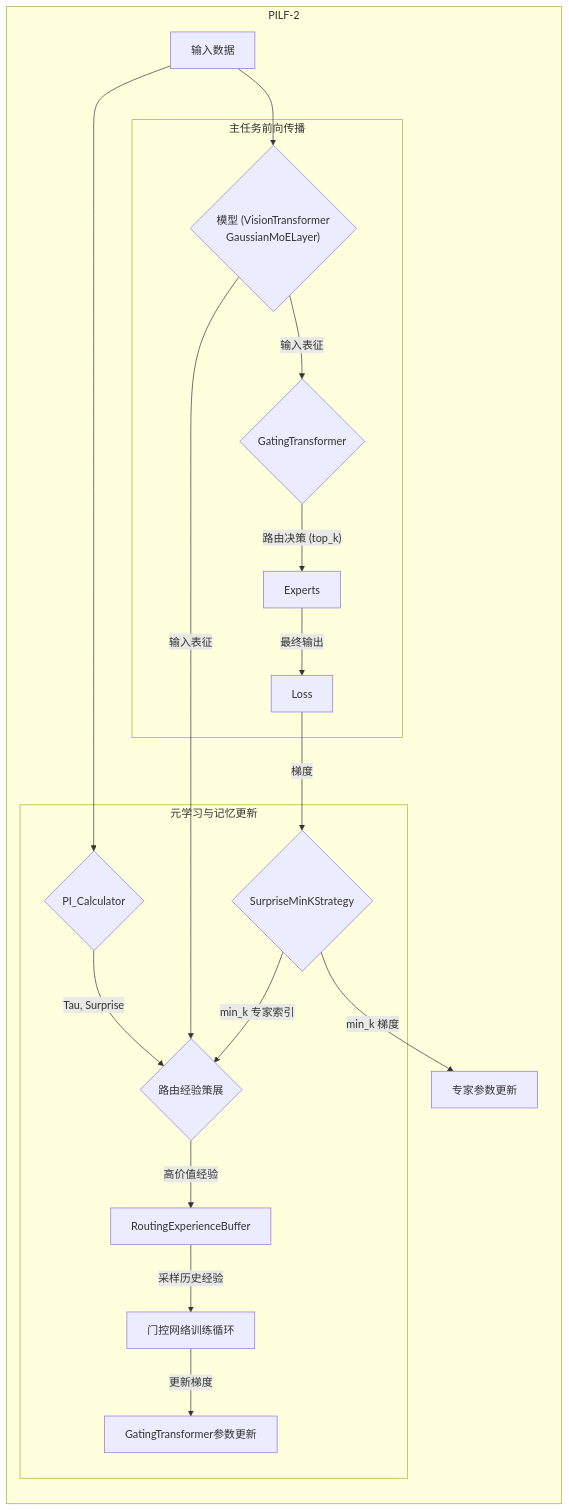
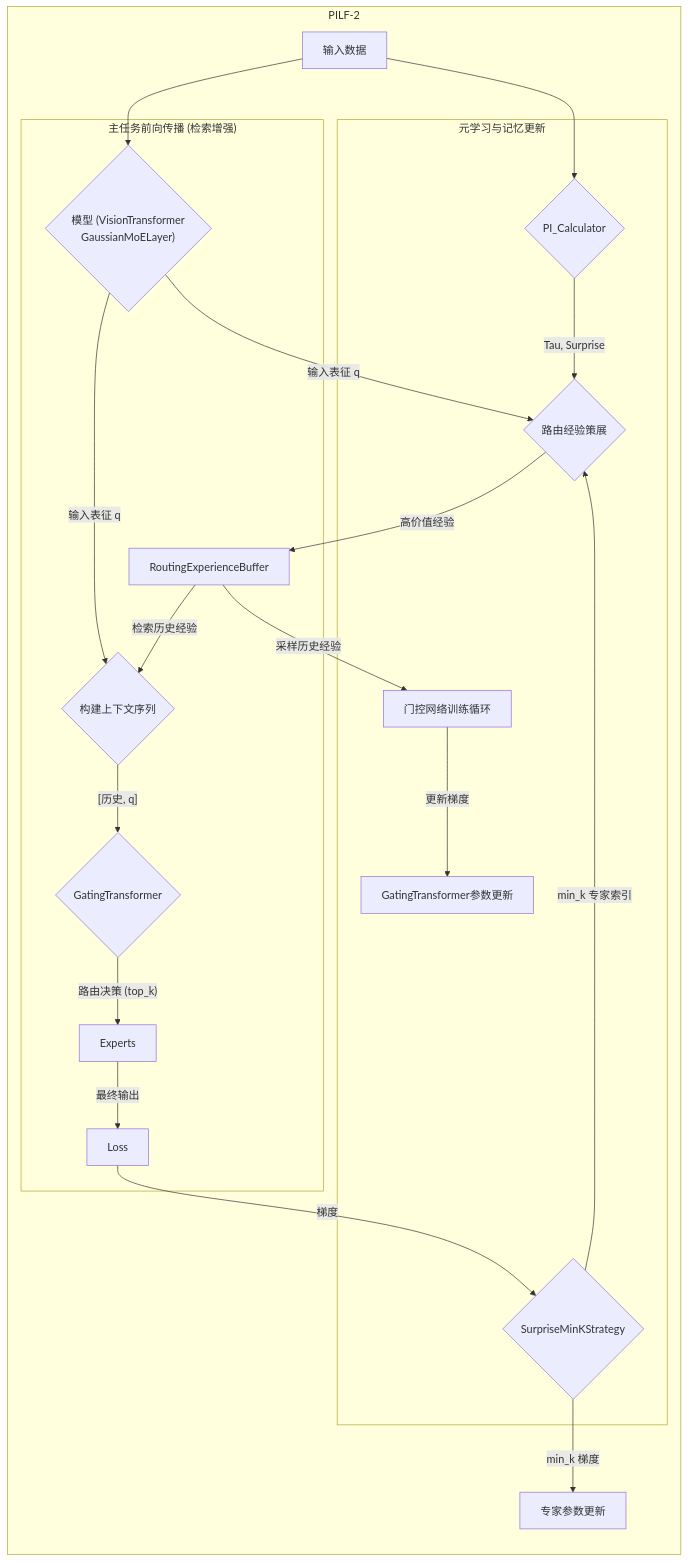
One commit to anmoa/PILF changed the diagram in readme_zh.md. Above: the diagram before and after it, drawn with Mermaid. The commit also changed other lines of this file and 34 other files, not shown here.

````diff
--- a/readme_zh.md
+++ b/readme_zh.md
@@ -45,26 +45,28 @@
 ```mermaid
 graph LR
     subgraph "PILF-2"
         A[输入数据] --> B{PI_Calculator};
         A --> E{"模型 (VisionTransformer <br> GaussianMoELayer)"};
 
-        subgraph "主任务前向传播"
-            E -- "输入表征" --> GT{GatingTransformer};
+        subgraph "主任务前向传播 (检索增强)"
+            E -- "输入表征 q" --> BuildContext{"构建上下文序列"};
+            REB -- "检索历史经验" --> BuildContext;
+            BuildContext -- "[历史, q]" --> GT{GatingTransformer};
             GT -- "路由决策 (top_k)" --> Experts;
             Experts -- "最终输出" --> Loss;
         end
 
         Loss -- "梯度" --> SMK{SurpriseMinKStrategy};
         SMK -- "min_k 梯度" --> Experts_Update[专家参数更新];
 
         subgraph "元学习与记忆更新"
             B -- "Tau, Surprise" --> Curation{路由经验策展};
-            E -- "输入表征" --> Curation;
+            E -- "输入表征 q" --> Curation;
             SMK -- "min_k 专家索引" --> Curation;
             Curation -- "高价值经验" --> REB[RoutingExperienceBuffer];
 
             REB -- "采样历史经验" --> GT_Train[门控网络训练循环];
             GT_Train -- "更新梯度" --> GT_Update[GatingTransformer参数更新];
         end
     end
 ```
````
